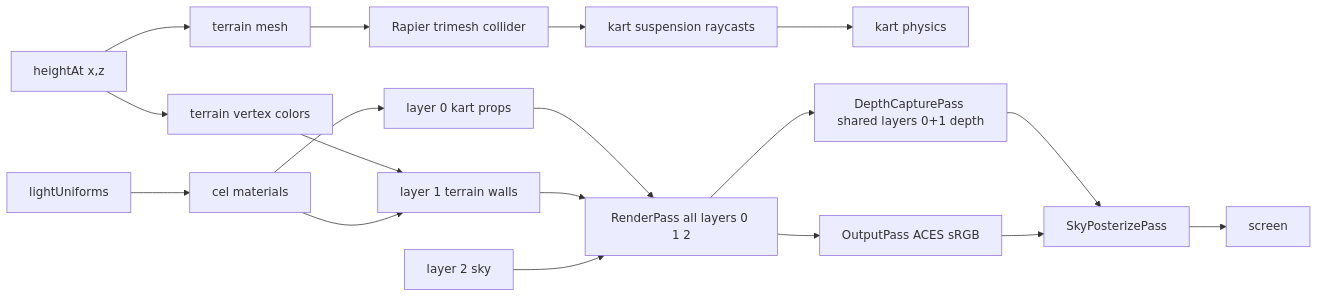
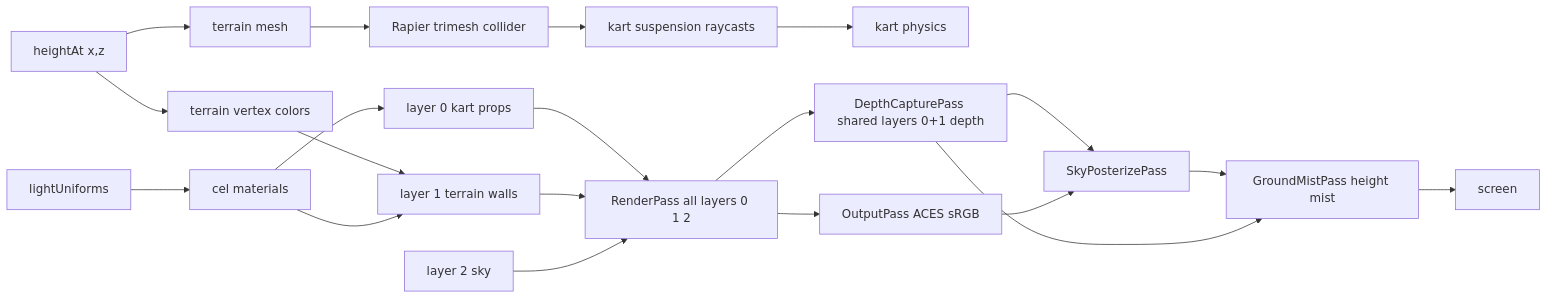
One commit to jjgroenendijk/cart-game changed the diagram in docs/knowledge/data-flows/render-pipeline.md. Above: the diagram before and after it, drawn with Mermaid. The commit also changed other lines of this file and 16 other files, not shown here.

First line of the commit message:
feat(render): height-based valley ground mist (#269)

````diff
--- a/docs/knowledge/data-flows/render-pipeline.md
+++ b/docs/knowledge/data-flows/render-pipeline.md
@@ -11,20 +11,22 @@
 ```mermaid
 flowchart LR
   height[heightAt x,z] --> mesh[terrain mesh]
   height --> color[terrain vertex colors]
   mesh --> collider[Rapier trimesh collider]
   collider --> suspension[kart suspension raycasts]
   suspension --> kart[kart physics]
   color --> layer1[layer 1 terrain walls]
   light[lightUniforms] --> cel[cel materials]
   cel --> layer0[layer 0 kart props]
   cel --> layer1
   layer0 --> renderPass[RenderPass all layers 0 1 2]
   layer1 --> renderPass
   sky[layer 2 sky] --> renderPass
   renderPass --> depthCapture[DepthCapturePass shared layers 0+1 depth]
   renderPass --> output[OutputPass ACES sRGB]
   depthCapture --> posterize
   output --> posterize[SkyPosterizePass]
-  posterize --> screen[screen]
+  posterize --> mist[GroundMistPass height mist]
+  depthCapture --> mist
+  mist --> screen[screen]
 ```
````
